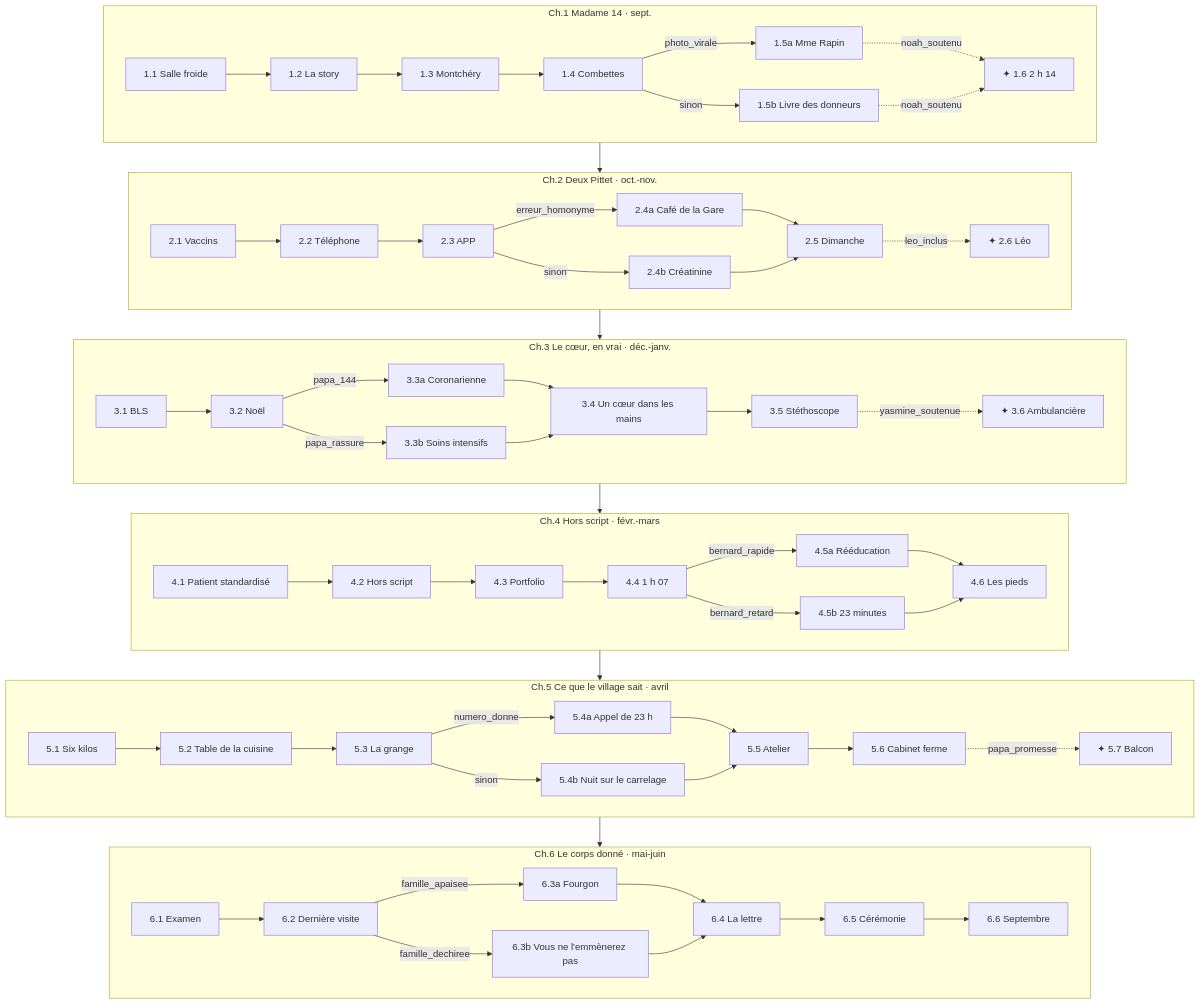
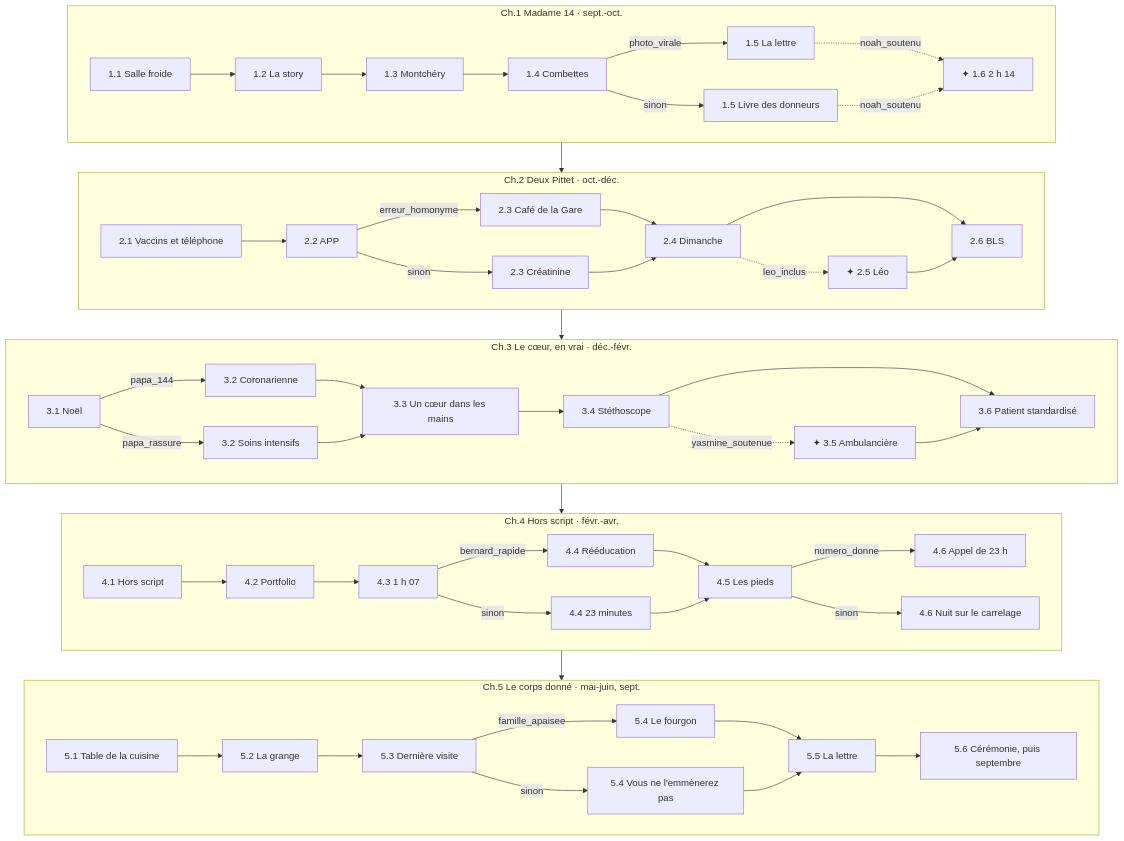
One commit to tmsmks/PA_26_EOL changed the diagram in docs/MedStudents_Y2_v2_bible.md. Above: the diagram before and after it, drawn with Mermaid. The commit also changed other lines of this file and 57 other files, not shown here.

````diff
--- a/docs/MedStudents_Y2_v2_bible.md
+++ b/docs/MedStudents_Y2_v2_bible.md
@@ -219,40 +224,38 @@
 ```mermaid
 flowchart TD
-    subgraph C1[Ch.1 Madame 14 · sept.]
+    subgraph C1[Ch.1 Madame 14 · sept.-oct.]
       A11[1.1 Salle froide] --> A12[1.2 La story] --> A13[1.3 Montchéry] --> A14[1.4 Combettes]
-      A14 -->|photo_virale| A15a[1.5a Mme Rapin]
-      A14 -->|sinon| A15b[1.5b Livre des donneurs]
+      A14 -->|photo_virale| A15a[1.5 La lettre]
+      A14 -->|sinon| A15b[1.5 Livre des donneurs]
       A15a & A15b -.->|noah_soutenu| A16[✦ 1.6 2 h 14]
     end
-    subgraph C2[Ch.2 Deux Pittet · oct.-nov.]
-      A21[2.1 Vaccins] --> A22[2.2 Téléphone] --> A23[2.3 APP]
-      A23 -->|erreur_homonyme| A24a[2.4a Café de la Gare]
-      A23 -->|sinon| A24b[2.4b Créatinine]
-      A24a & A24b --> A25[2.5 Dimanche] -.->|leo_inclus| A26[✦ 2.6 Léo]
+    subgraph C2[Ch.2 Deux Pittet · oct.-déc.]
+      A21[2.1 Vaccins et téléphone] --> A22[2.2 APP]
+      A22 -->|erreur_homonyme| A23a[2.3 Café de la Gare]
+      A22 -->|sinon| A23b[2.3 Créatinine]
+      A23a & A23b --> A24[2.4 Dimanche] -.->|leo_inclus| A25[✦ 2.5 Léo]
+      A24 & A25 --> A26[2.6 BLS]
     end
-    subgraph C3[Ch.3 Le cœur, en vrai · déc.-janv.]
-      A31[3.1 BLS] --> A32[3.2 Noël]
-      A32 -->|papa_144| A33a[3.3a Coronarienne]
-      A32 -->|papa_rassure| A33b[3.3b Soins intensifs]
-      A33a & A33b --> A34[3.4 Un cœur dans les mains] --> A35[3.5 Stéthoscope] -.->|yasmine_soutenue| A36[✦ 3.6 Ambulancière]
+    subgraph C3[Ch.3 Le cœur, en vrai · déc.-févr.]
+      A31[3.1 Noël]
+      A31 -->|papa_144| A32a[3.2 Coronarienne]
+      A31 -->|papa_rassure| A32b[3.2 Soins intensifs]
+      A32a & A32b --> A33[3.3 Un cœur dans les mains] --> A34[3.4 Stéthoscope] -.->|yasmine_soutenue| A35[✦ 3.5 Ambulancière]
+      A34 & A35 --> A36[3.6 Patient standardisé]
     end
-    subgraph C4[Ch.4 Hors script · févr.-mars]
-      A41[4.1 Patient standardisé] --> A42[4.2 Hors script] --> A43[4.3 Portfolio] --> A44[4.4 1 h 07]
-      A44 -->|bernard_rapide| A45a[4.5a Rééducation]
-      A44 -->|bernard_retard| A45b[4.5b 23 minutes]
-      A45a & A45b --> A46[4.6 Les pieds]
+    subgraph C4[Ch.4 Hors script · févr.-avr.]
+      A41[4.1 Hors script] --> A42[4.2 Portfolio] --> A43[4.3 1 h 07]
+      A43 -->|bernard_rapide| A44a[4.4 Rééducation]
+      A43 -->|sinon| A44b[4.4 23 minutes]
+      A44a & A44b --> A45[4.5 Les pieds]
+      A45 -->|numero_donne| A46a[4.6 Appel de 23 h]
+      A45 -->|sinon| A46b[4.6 Nuit sur le carrelage]
     end
-    subgraph C5[Ch.5 Ce que le village sait · avril]
-      A51[5.1 Six kilos] --> A52[5.2 Table de la cuisine] --> A53[5.3 La grange]
-      A53 -->|numero_donne| A54a[5.4a Appel de 23 h]
-      A53 -->|sinon| A54b[5.4b Nuit sur le carrelage]
-      A54a & A54b --> A55[5.5 Atelier] --> A56[5.6 Cabinet ferme] -.->|papa_promesse| A57[✦ 5.7 Balcon]
+    subgraph C5[Ch.5 Le corps donné · mai-juin, sept.]
+      A51[5.1 Table de la cuisine] --> A52[5.2 La grange] --> A53[5.3 Dernière visite]
+      A53 -->|famille_apaisee| A54a[5.4 Le fourgon]
+      A53 -->|sinon| A54b[5.4 Vous ne l'emmènerez pas]
+      A54a & A54b --> A55[5.5 La lettre] --> A56[5.6 Cérémonie, puis septembre]
     end
-    subgraph C6[Ch.6 Le corps donné · mai-juin]
-      A61[6.1 Examen] --> A62[6.2 Dernière visite]
-      A62 -->|famille_apaisee| A63a[6.3a Fourgon]
-      A62 -->|famille_dechiree| A63b[6.3b Vous ne l'emmènerez pas]
-      A63a & A63b --> A64[6.4 La lettre] --> A65[6.5 Cérémonie] --> A66[6.6 Septembre]
-    end
-    C1 --> C2 --> C3 --> C4 --> C5 --> C6
+    C1 --> C2 --> C3 --> C4 --> C5
 ```
````
